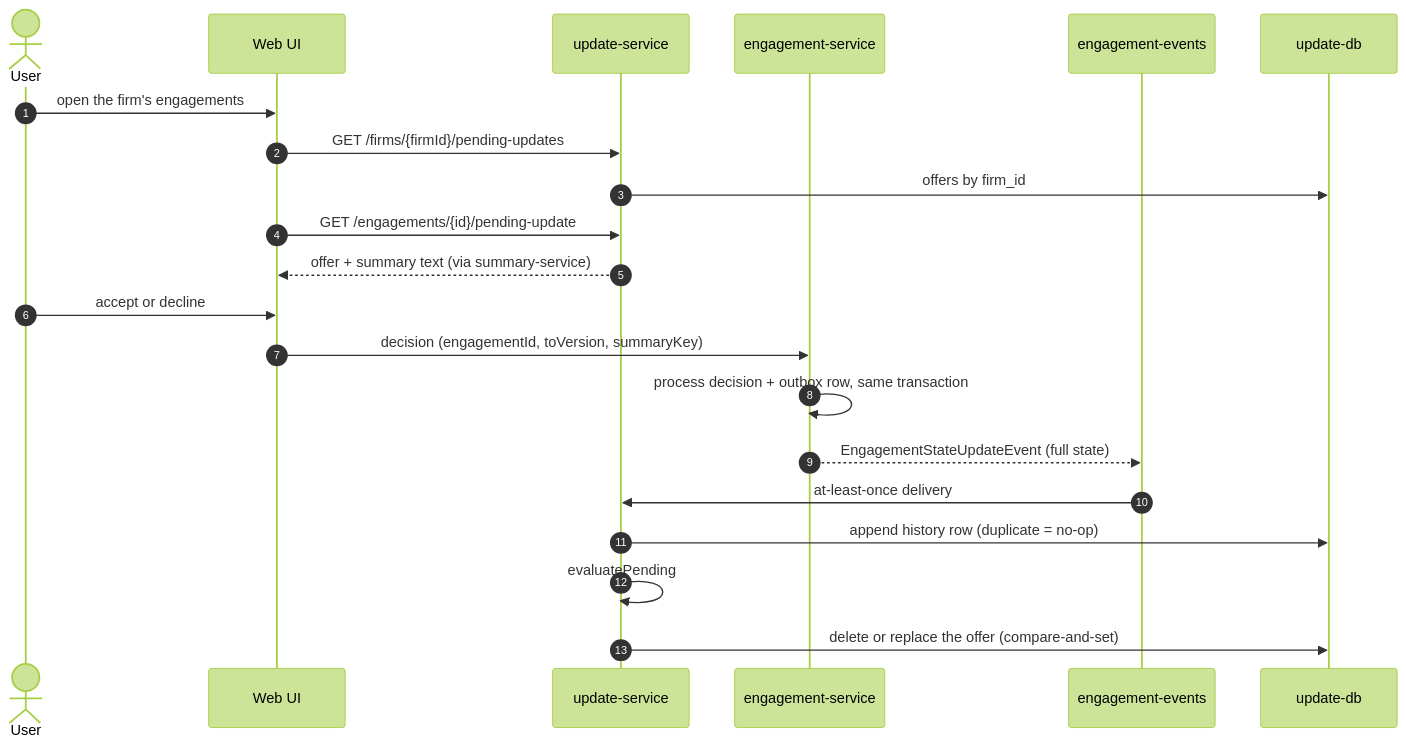
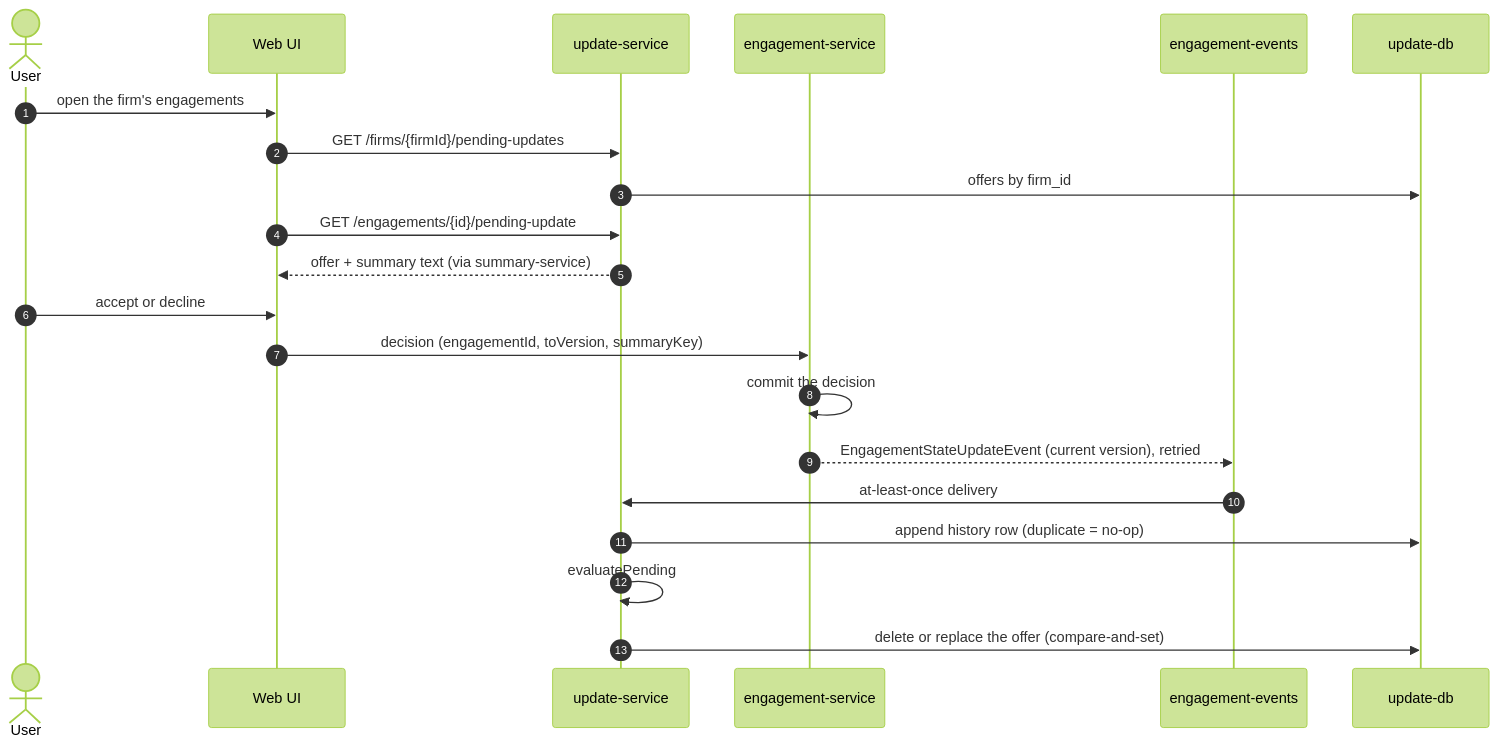
One commit to fdesbois/caseware-take-home changed the first of 3 diagrams in DESIGN.md. Above: the diagram before and after it, drawn with Mermaid (forest theme). The commit also changed other lines of this file, not shown here.

First line of the commit message:
docs: add delivery approach, drop the outbox, align DESIGN.md with the diagram

````diff
--- a/DESIGN.md
+++ b/DESIGN.md
@@ -86,23 +91,23 @@
 ```mermaid
 sequenceDiagram
   autonumber
   actor U as User
   participant UI as Web UI
   participant UP as update-service
   participant ES as engagement-service
   participant Q as engagement-events
   participant DB as update-db
   U->>UI: open the firm's engagements
   UI->>UP: GET /firms/{firmId}/pending-updates
   UP->>DB: offers by firm_id
   UI->>UP: GET /engagements/{id}/pending-update
   UP-->>UI: offer + summary text (via summary-service)
   U->>UI: accept or decline
   UI->>ES: decision (engagementId, toVersion, summaryKey)
-  ES->>ES: process decision + outbox row, same transaction
-  ES-->>Q: EngagementStateUpdateEvent (full state)
+  ES->>ES: commit the decision
+  ES-->>Q: EngagementStateUpdateEvent (current version), retried
   Q->>UP: at-least-once delivery
   UP->>DB: append history row (duplicate = no-op)
   UP->>UP: evaluatePending
   UP->>DB: delete or replace the offer (compare-and-set)
 ```
````
